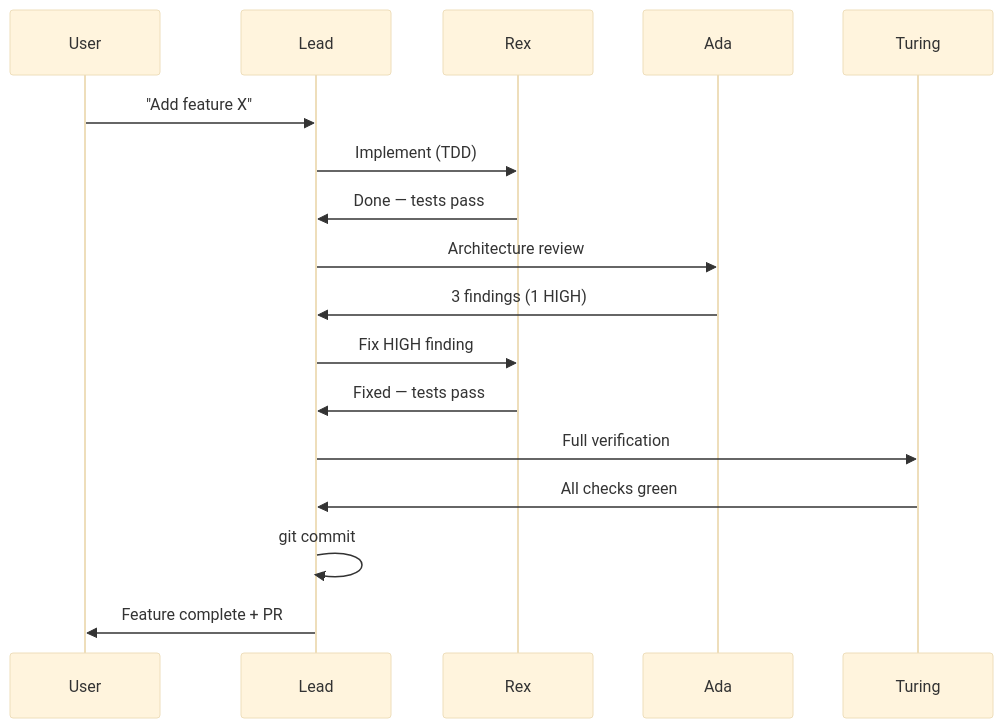
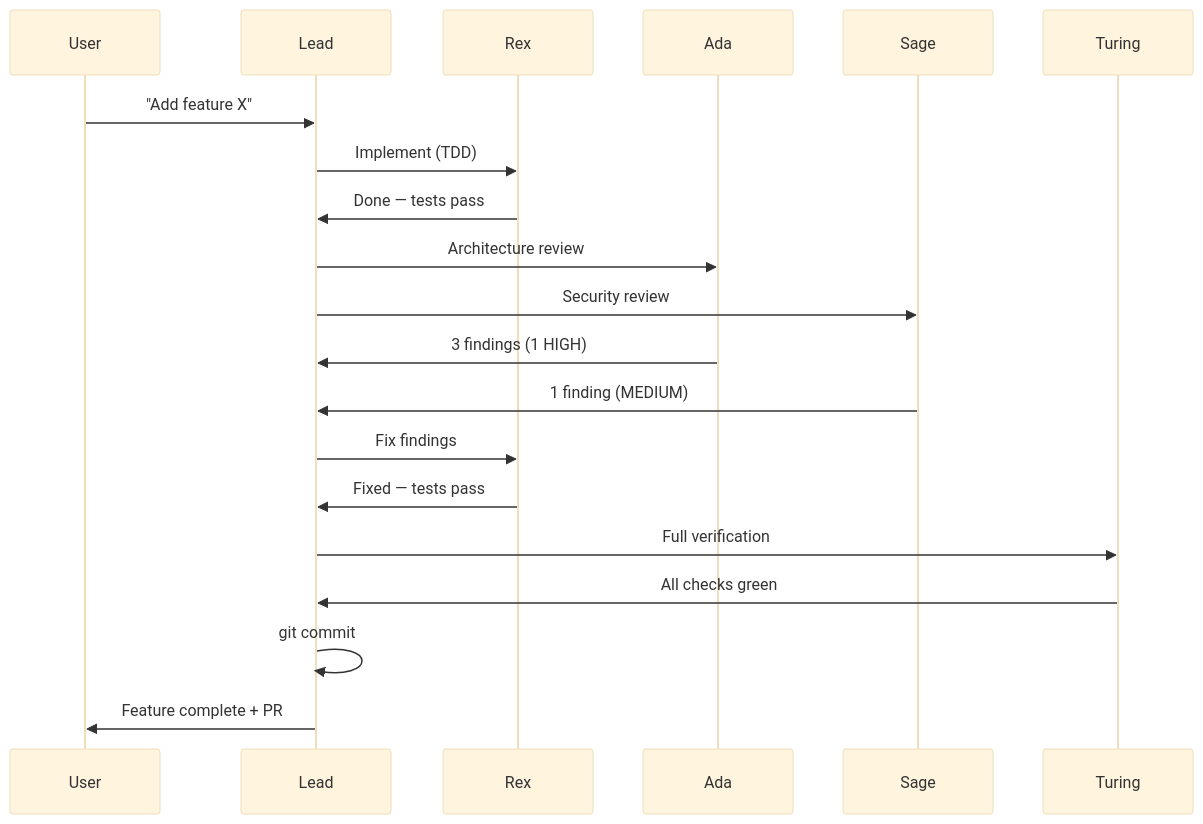
The second of 4 diagrams in presentations/agentic-development/slides.md (dulvac/marko-pollo), drawn with Mermaid (base theme) before and after one commit. The commit also changed other lines of this file, not shown here.

First line of the commit message:
fix: add Sage to workflow slides and trim issue swarm diagram

````diff
--- a/presentations/agentic-development/slides.md
+++ b/presentations/agentic-development/slides.md
@@ -123,20 +123,23 @@
 ```mermaid
 sequenceDiagram
     participant User
     participant Lead
     participant Rex
     participant Ada
+    participant Sage
     participant Turing
 
     User->>Lead: "Add feature X"
     Lead->>Rex: Implement (TDD)
     Rex->>Lead: Done — tests pass
     Lead->>Ada: Architecture review
+    Lead->>Sage: Security review
     Ada->>Lead: 3 findings (1 HIGH)
-    Lead->>Rex: Fix HIGH finding
+    Sage->>Lead: 1 finding (MEDIUM)
+    Lead->>Rex: Fix findings
     Rex->>Lead: Fixed — tests pass
     Lead->>Turing: Full verification
     Turing->>Lead: All checks green
     Lead->>Lead: git commit
     Lead->>User: Feature complete + PR
 ```
````
